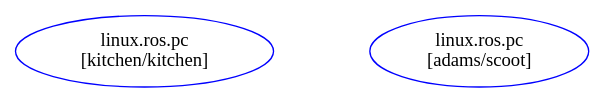
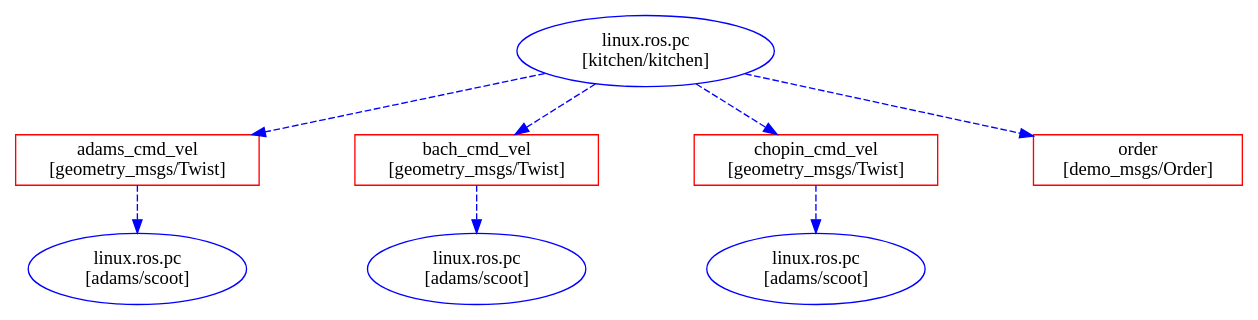
One commit to robotics-in-concert/rocon_demos changed the diagram in turtle_cafe_concert/orchestration/implementation.dot. Above: the diagram before and after it, drawn with Graphviz. The commit also changed 3 other files, not shown here.

```diff
--- a/turtle_cafe_concert/orchestration/implementation.dot
+++ b/turtle_cafe_concert/orchestration/implementation.dot
@@ -1,30 +1,28 @@
 digraph hierarchy {
 
 	nodesep=1.0 // increases the separation between nodes
 
 	node [color=Red]
 	edge [color=Blue, style=dashed] //setup options
 
     // concert clients
     kitchen [color=blue, shape=ellipse, label="linux.ros.pc\n[kitchen/kitchen]"]
     adams [color=blue, shape=ellipse, label="linux.ros.pc\n[adams/scoot]"]
-    // turtlesim [color=blue, shape=ellipse, label="linux.ros.pc\nturtlesim"]
+    bach [color=blue, shape=ellipse, label="linux.ros.pc\n[adams/scoot]"]
+    chopin [color=blue, shape=ellipse, label="linux.ros.pc\n[adams/scoot]"]
  
     // topics
-    // kobuki_pose [color=red, shape=box, label="pose\n[turtlesim/Pose]"]
-    // kobuki_command_velocity [color=red, shape=box, label="command_velocity\n[turtlesim/Velocity]"]
-    // guimul_pose [color=red, shape=box, label="pose\n[turtlesim/Pose]"]
-    // guimul_command_velocity [color=red, shape=box, label="command_velocity\n[turtlesim/Velocity]"]
+    adams_command_velocity [color=red, shape=box, label="adams_cmd_vel\n[geometry_msgs/Twist]"]
+    bach_command_velocity [color=red, shape=box, label="bach_cmd_vel\n[geometry_msgs/Twist]"]
+    chopin_command_velocity [color=red, shape=box, label="chopin_cmd_vel\n[geometry_msgs/Twist]"]
+    order [color=red, shape=box, label="order\n[demo_msgs/Order]"]
     
     // links
 	// {rank = same; kobuki guimul }
-	// kobuki->{ kobuki_command_velocity }
-    // guimul->{ guimul_command_velocity }
-    // kobuki_command_velocity->turtlesim
-    // guimul_command_velocity->turtlesim
-    // turtlesim->kobuki_pose
-    // turtlesim->guimul_pose
-	// kobuki_pose->kobuki
-    // guimul_pose->guimul
+	kitchen->{ adams_command_velocity bach_command_velocity chopin_command_velocity }
+    kitchen->{ order }
+    adams_command_velocity->{ adams }
+    bach_command_velocity->{ bach }
+    chopin_command_velocity->{ chopin }
 	
 }
```
